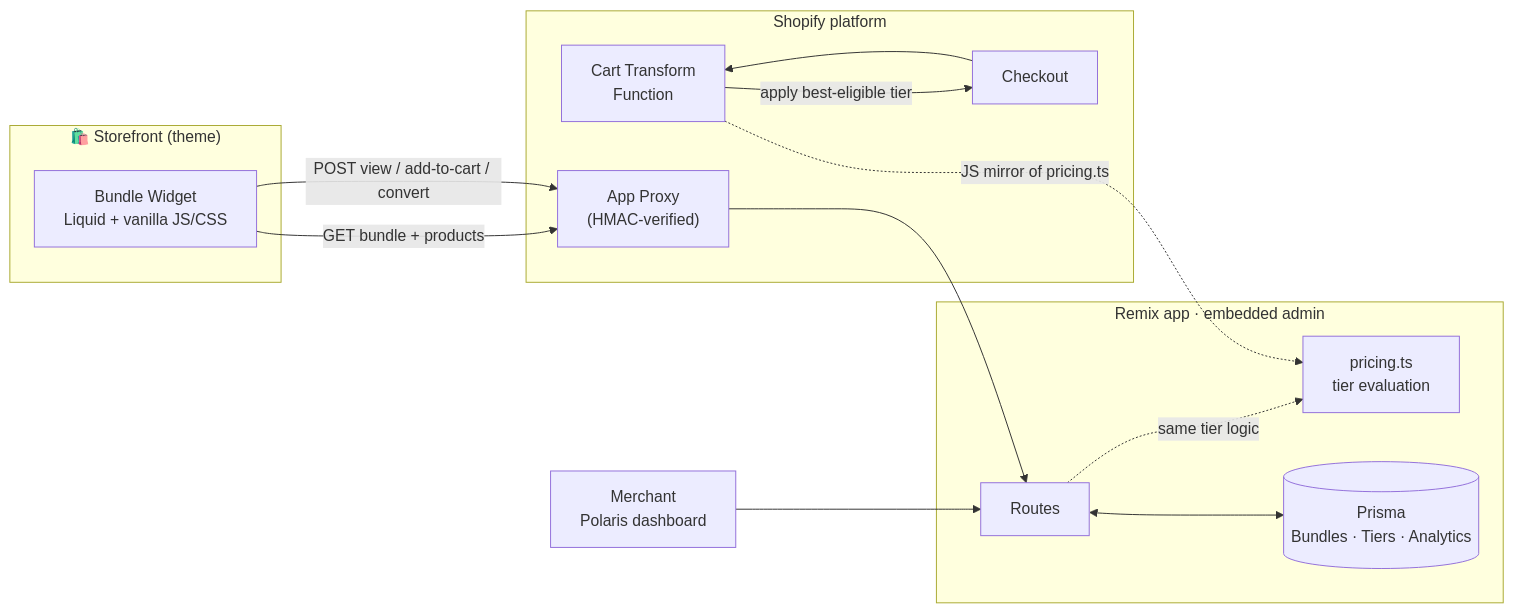
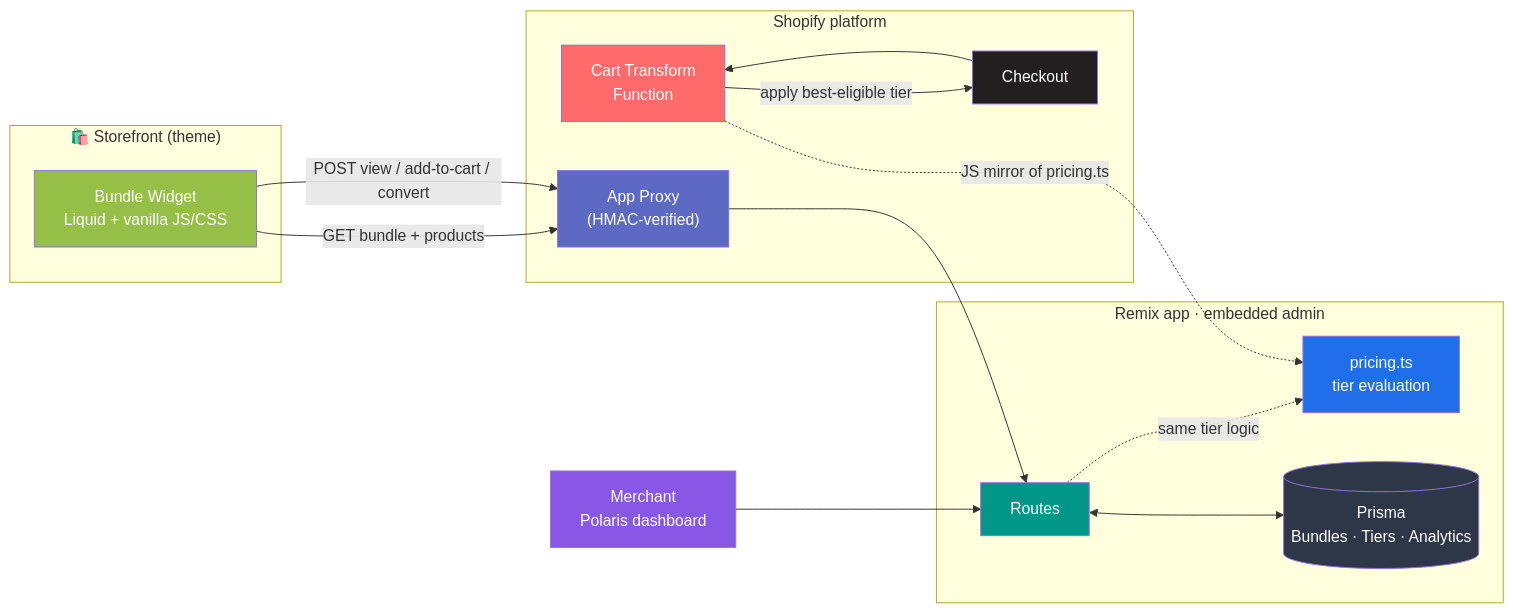
One commit to vivekreddy/vivekreddy changed the first of 4 diagrams in README.md. Above: the diagram before and after it, drawn with Mermaid. The commit also changed other lines of this file and 1 other file, not shown here.

````diff
--- a/README.md
+++ b/README.md
@@ -42,23 +65,32 @@
 ```mermaid
 flowchart LR
     subgraph SF["🛍️ Storefront (theme)"]
       W["Bundle Widget<br/>Liquid + vanilla JS/CSS"]
     end
     subgraph SH["Shopify platform"]
       AP["App Proxy<br/>(HMAC-verified)"]
       CT["Cart Transform<br/>Function"]
       CO["Checkout"]
     end
     subgraph APP["Remix app · embedded admin"]
       R["Routes"]
       PL["pricing.ts<br/>tier evaluation"]
       DB[("Prisma<br/>Bundles · Tiers · Analytics")]
     end
     ADM["Merchant<br/>Polaris dashboard"] --> R
     W -->|"GET bundle + products"| AP --> R
     W -->|"POST view / add-to-cart / convert"| AP
     R <--> DB
     R -. "same tier logic" .-> PL
     CT -. "JS mirror of pricing.ts" .-> PL
     CO --> CT -->|"apply best-eligible tier"| CO
+
+    style W fill:#95bf47,color:#fff
+    style AP fill:#5c6ac4,color:#fff
+    style CT fill:#ff6b6b,color:#fff
+    style CO fill:#231f20,color:#fff
+    style R fill:#009688,color:#fff
+    style PL fill:#1f6feb,color:#fff
+    style DB fill:#2d3748,color:#fff
+    style ADM fill:#8957e5,color:#fff
 ```
````
